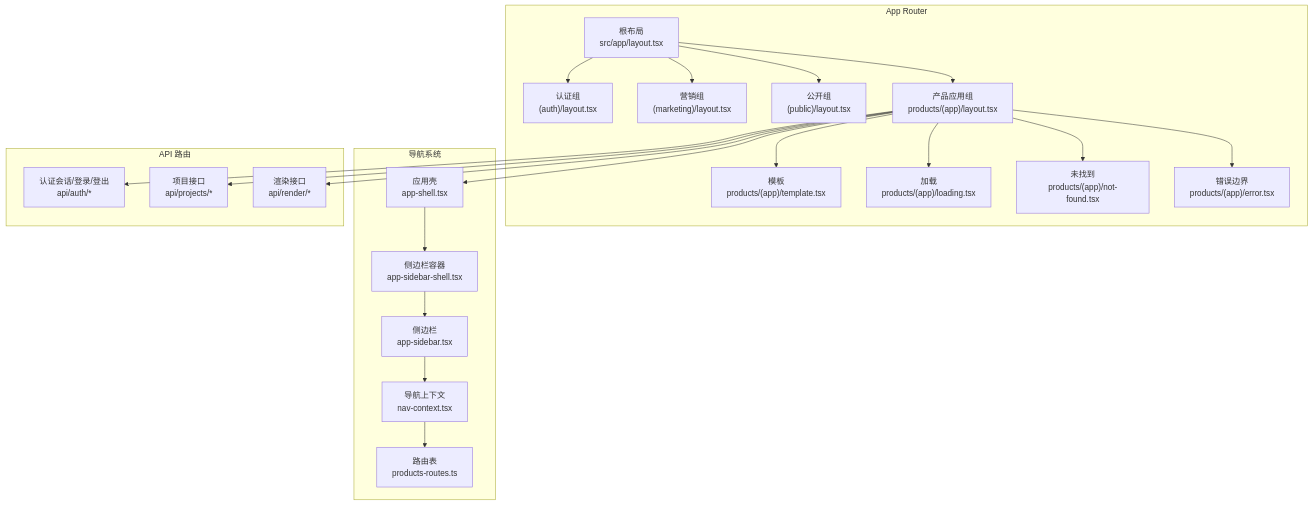
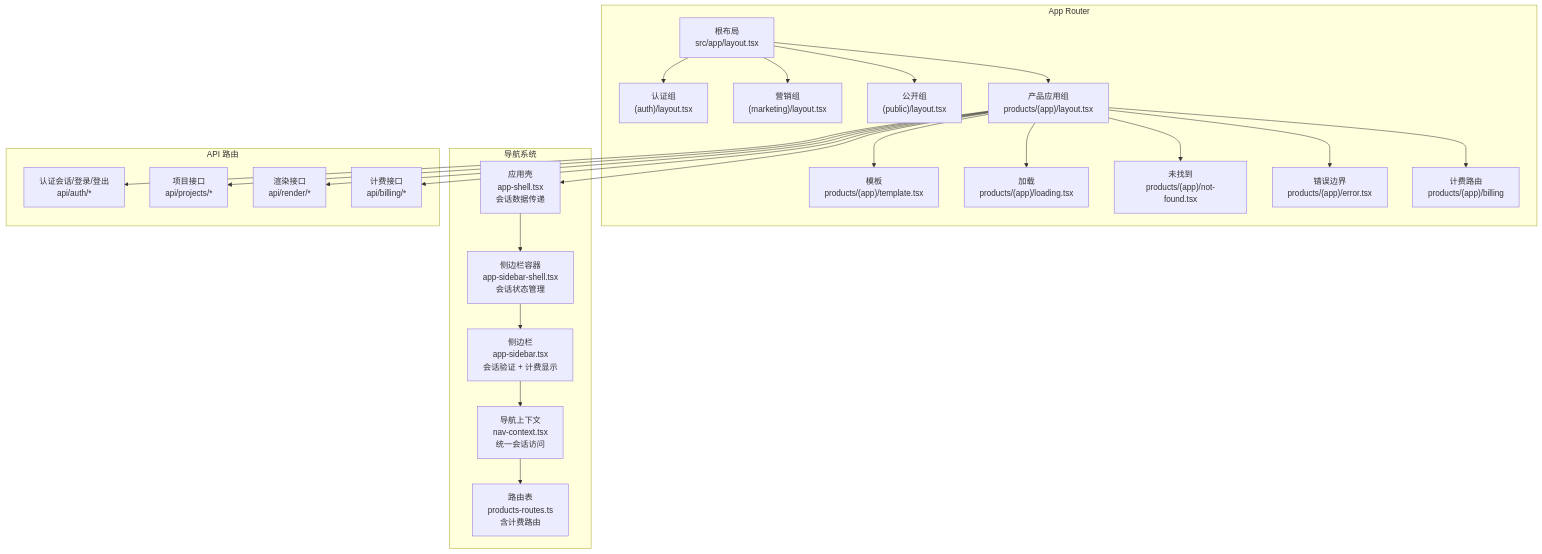
Before and after one commit to scottcwy/PurpleInk: the second of 7 diagrams in .qoder/repowiki/zh/content/前端架构/导航与路由.md, drawn with Mermaid. The commit also changed other lines of this file and 109 other files, not shown here.

````diff
--- a/.qoder/repowiki/zh/content/前端架构/导航与路由.md
+++ b/.qoder/repowiki/zh/content/前端架构/导航与路由.md
@@ -128,39 +141,43 @@
 ```mermaid
 graph TB
 subgraph "App Router"
 Root["根布局<br/>src/app/layout.tsx"]
 AuthGroup["认证组<br/>(auth)/layout.tsx"]
 MarketingGroup["营销组<br/>(marketing)/layout.tsx"]
 PublicGroup["公开组<br/>(public)/layout.tsx"]
 ProductsApp["产品应用组<br/>products/(app)/layout.tsx"]
 Template["模板<br/>products/(app)/template.tsx"]
 Loading["加载<br/>products/(app)/loading.tsx"]
 NotFound["未找到<br/>products/(app)/not-found.tsx"]
 Error["错误边界<br/>products/(app)/error.tsx"]
+BillingRoutes["计费路由<br/>products/(app)/billing"]
 end
 subgraph "导航系统"
-Shell["应用壳<br/>app-shell.tsx"]
-SidebarShell["侧边栏容器<br/>app-sidebar-shell.tsx"]
-Sidebar["侧边栏<br/>app-sidebar.tsx"]
-NavCtx["导航上下文<br/>nav-context.tsx"]
-Routes["路由表<br/>products-routes.ts"]
+Shell["应用壳<br/>app-shell.tsx<br/>会话数据传递"]
+SidebarShell["侧边栏容器<br/>app-sidebar-shell.tsx<br/>会话状态管理"]
+Sidebar["侧边栏<br/>app-sidebar.tsx<br/>会话验证 + 计费显示"]
+NavCtx["导航上下文<br/>nav-context.tsx<br/>统一会话访问"]
+Routes["路由表<br/>products-routes.ts<br/>含计费路由"]
 end
 subgraph "API 路由"
 APIAuth["认证会话/登录/登出<br/>api/auth/*"]
 APIProjects["项目接口<br/>api/projects/*"]
 APIRender["渲染接口<br/>api/render/*"]
+APIBilling["计费接口<br/>api/billing/*"]
 end
 Root --> AuthGroup
 Root --> MarketingGroup
 Root --> PublicGroup
 Root --> ProductsApp
 ProductsApp --> Template
 ProductsApp --> Loading
 ProductsApp --> NotFound
 ProductsApp --> Error
+ProductsApp --> BillingRoutes
 Shell --> SidebarShell --> Sidebar --> NavCtx --> Routes
 ProductsApp --> Shell
 ProductsApp --> APIAuth
 ProductsApp --> APIProjects
 ProductsApp --> APIRender
+ProductsApp --> APIBilling
 ```
````
